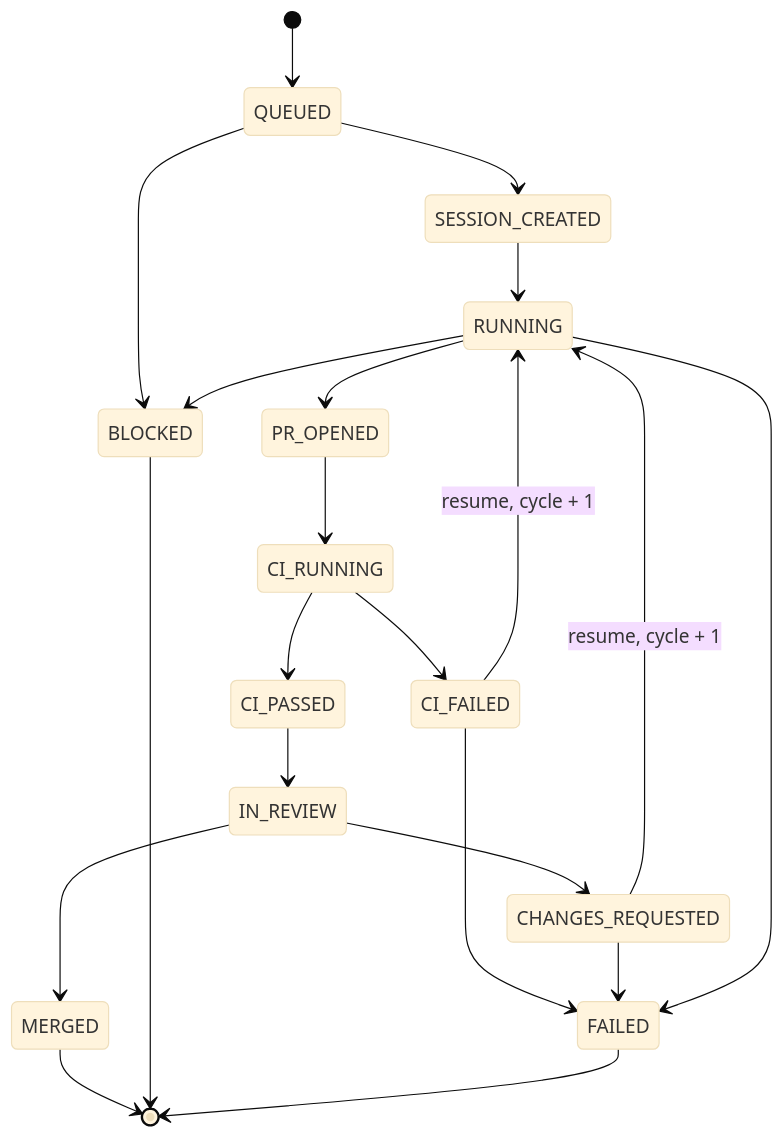
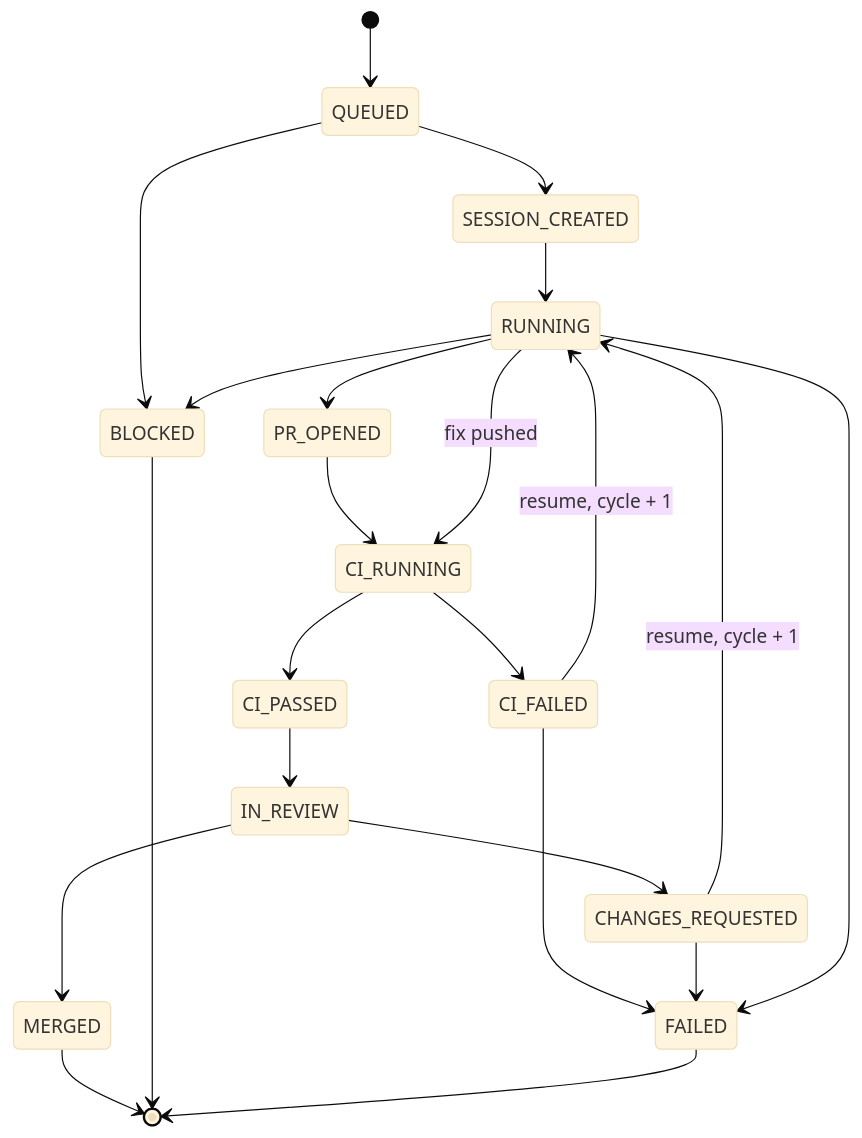
The first of 2 diagrams in docs/04-state-machine.md (taxpon/sentinel), drawn with Mermaid (base theme) before and after one commit. The commit also changed other lines of this file and 7 other files, not shown here.

````diff
--- a/docs/04-state-machine.md
+++ b/docs/04-state-machine.md
@@ -7,23 +7,24 @@
 ```mermaid
 stateDiagram-v2
     [*] --> QUEUED
     QUEUED --> SESSION_CREATED
     SESSION_CREATED --> RUNNING
     RUNNING --> PR_OPENED
     PR_OPENED --> CI_RUNNING
+    RUNNING --> CI_RUNNING : fix pushed
     CI_RUNNING --> CI_FAILED
     CI_RUNNING --> CI_PASSED
     CI_FAILED --> RUNNING : resume, cycle + 1
     CI_PASSED --> IN_REVIEW
     IN_REVIEW --> CHANGES_REQUESTED
     CHANGES_REQUESTED --> RUNNING : resume, cycle + 1
     IN_REVIEW --> MERGED
     QUEUED --> BLOCKED
     RUNNING --> BLOCKED
     CI_FAILED --> FAILED
     CHANGES_REQUESTED --> FAILED
     RUNNING --> FAILED
     MERGED --> [*]
     BLOCKED --> [*]
     FAILED --> [*]
 ```
````
